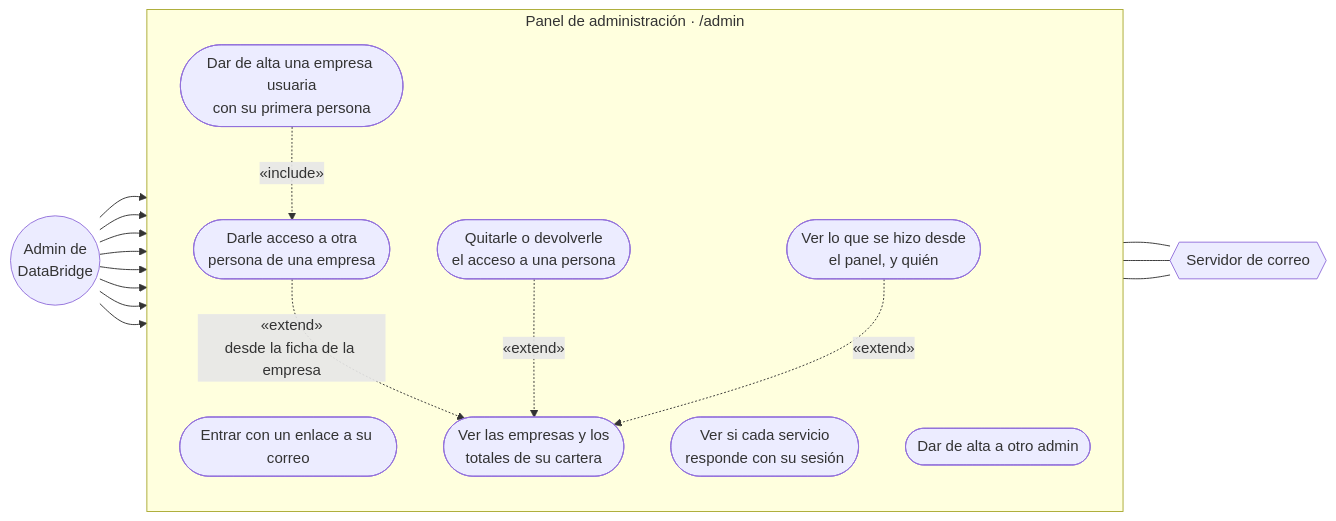
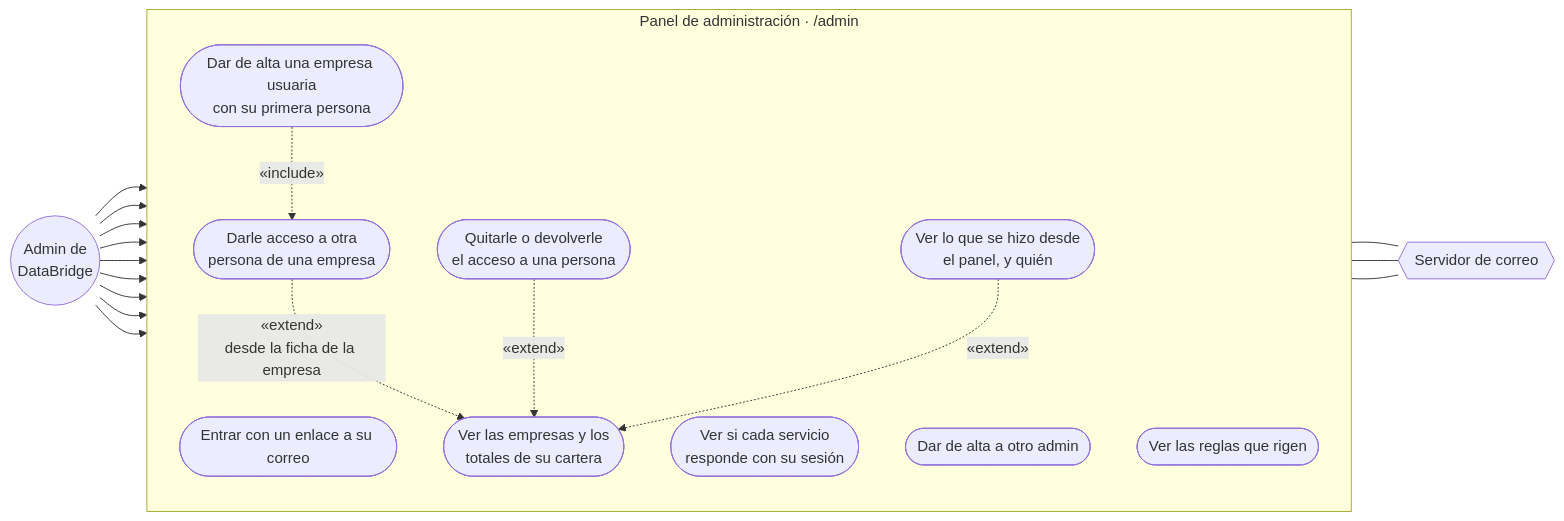
Before and after one commit to TechnicalBridge/DataBridge: the fourth of 6 diagrams in docs/diagramas/casos-de-uso.md, drawn with Mermaid. The commit also changed other lines of this file and 29 other files, not shown here.

Commit message:
feat(portal, ms-auth, ms-debt, ms-payments): Ver las reglas vigentes en el panel

````diff
--- a/docs/diagramas/casos-de-uso.md
+++ b/docs/diagramas/casos-de-uso.md
@@ -195,24 +195,25 @@
 ```mermaid
 flowchart LR
     ADM(("Admin de<br/>DataBridge"))
     subgraph PAN["Panel de administración · /admin"]
         direction TB
         A1(["Entrar con un enlace a su correo"])
         A2(["Ver si cada servicio<br/>responde con su sesión"])
         A3(["Ver las empresas y los<br/>totales de su cartera"])
         A4(["Dar de alta una empresa usuaria<br/>con su primera persona"])
         A5(["Darle acceso a otra<br/>persona de una empresa"])
         A6(["Quitarle o devolverle<br/>el acceso a una persona"])
         A7(["Dar de alta a otro admin"])
         A8(["Ver lo que se hizo desde<br/>el panel, y quién"])
+        A9(["Ver las reglas que rigen"])
     end
     COR{{"Servidor de correo"}}
-    ADM --> A1 & A2 & A3 & A4 & A5 & A6 & A7 & A8
+    ADM --> A1 & A2 & A3 & A4 & A5 & A6 & A7 & A8 & A9
     A4 -. "«include»" .-> A5
     A5 -. "«extend»<br/>desde la ficha de la empresa" .-> A3
     A6 -. "«extend»" .-> A3
     A8 -. "«extend»" .-> A3
     A1 --- COR
     A5 --- COR
     A7 --- COR
 ```
````
